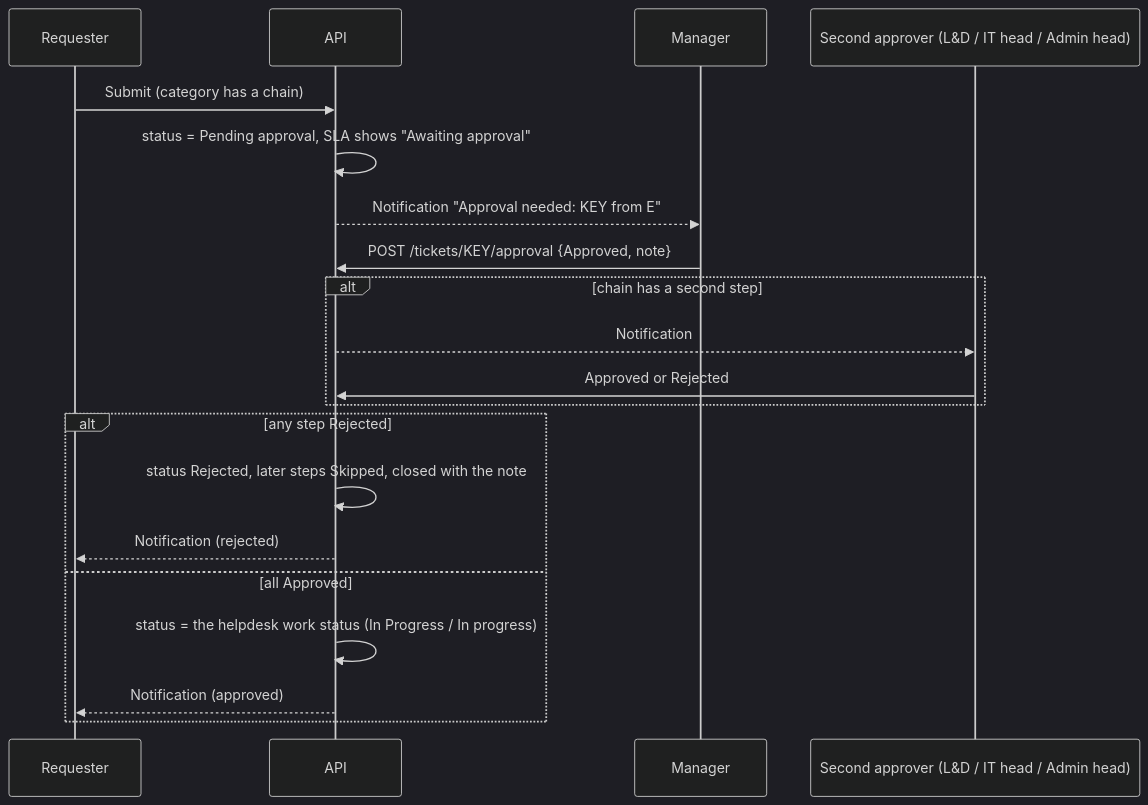
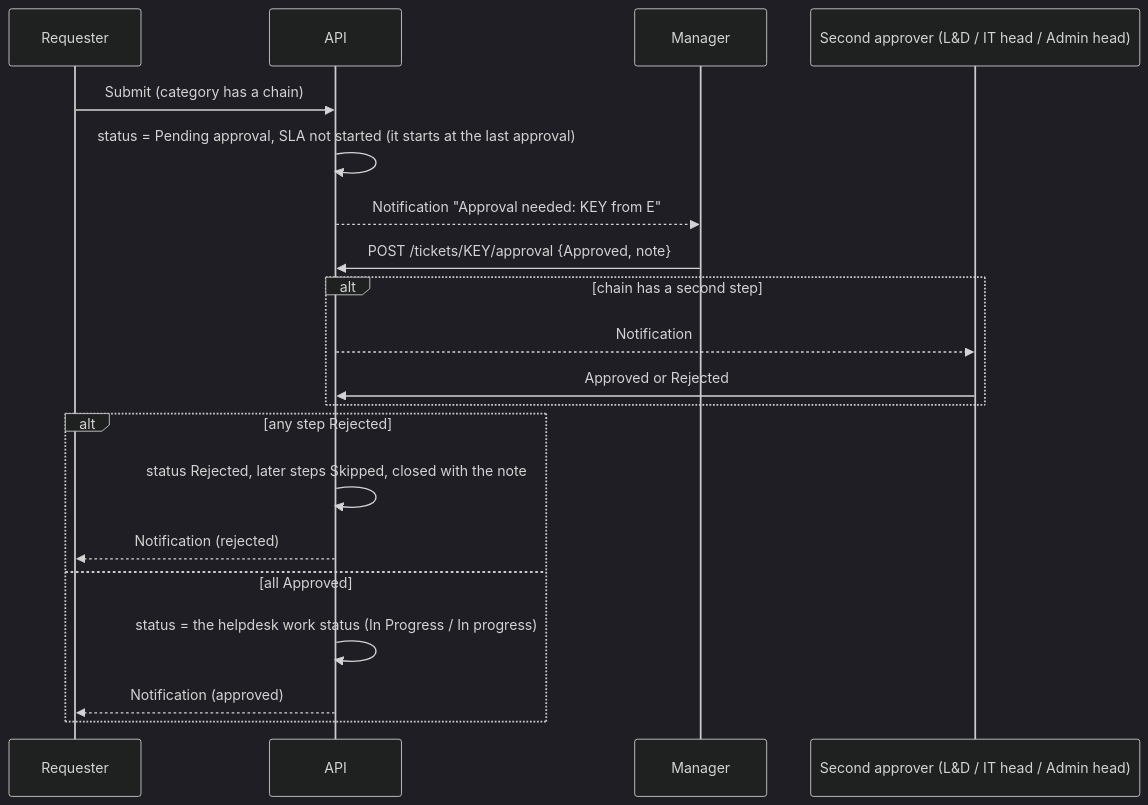
The eighth of 18 diagrams in docs/Helpdesk_SDD_v1.0.md (sprabudh/npstx-helpdesk-app), drawn with Mermaid (dark theme) before and after one commit. The commit also changed other lines of this file and 43 other files, not shown here.

````diff
--- a/docs/Helpdesk_SDD_v1.0.md
+++ b/docs/Helpdesk_SDD_v1.0.md
@@ -675,22 +703,22 @@
 ```mermaid
 sequenceDiagram
   participant E as Requester
   participant S as API
   participant M as Manager
   participant X as Second approver (L&D / IT head / Admin head)
   E->>S: Submit (category has a chain)
-  S->>S: status = Pending approval, SLA shows "Awaiting approval"
+  S->>S: status = Pending approval, SLA not started (it starts at the last approval)
   S-->>M: Notification "Approval needed: KEY from E"
   M->>S: POST /tickets/KEY/approval {Approved, note}
   alt chain has a second step
     S-->>X: Notification
     X->>S: Approved or Rejected
   end
   alt any step Rejected
     S->>S: status Rejected, later steps Skipped, closed with the note
     S-->>E: Notification (rejected)
   else all Approved
     S->>S: status = the helpdesk work status (In Progress / In progress)
     S-->>E: Notification (approved)
   end
 ```
````
